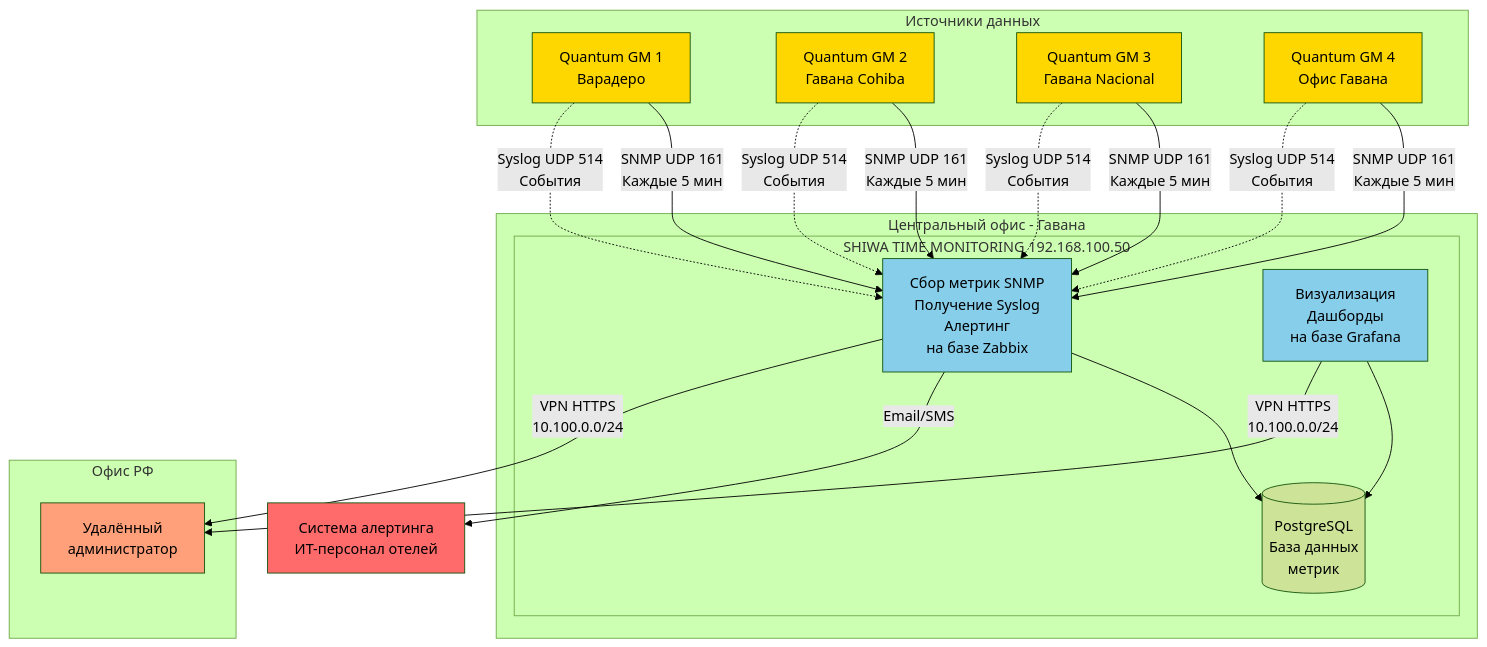
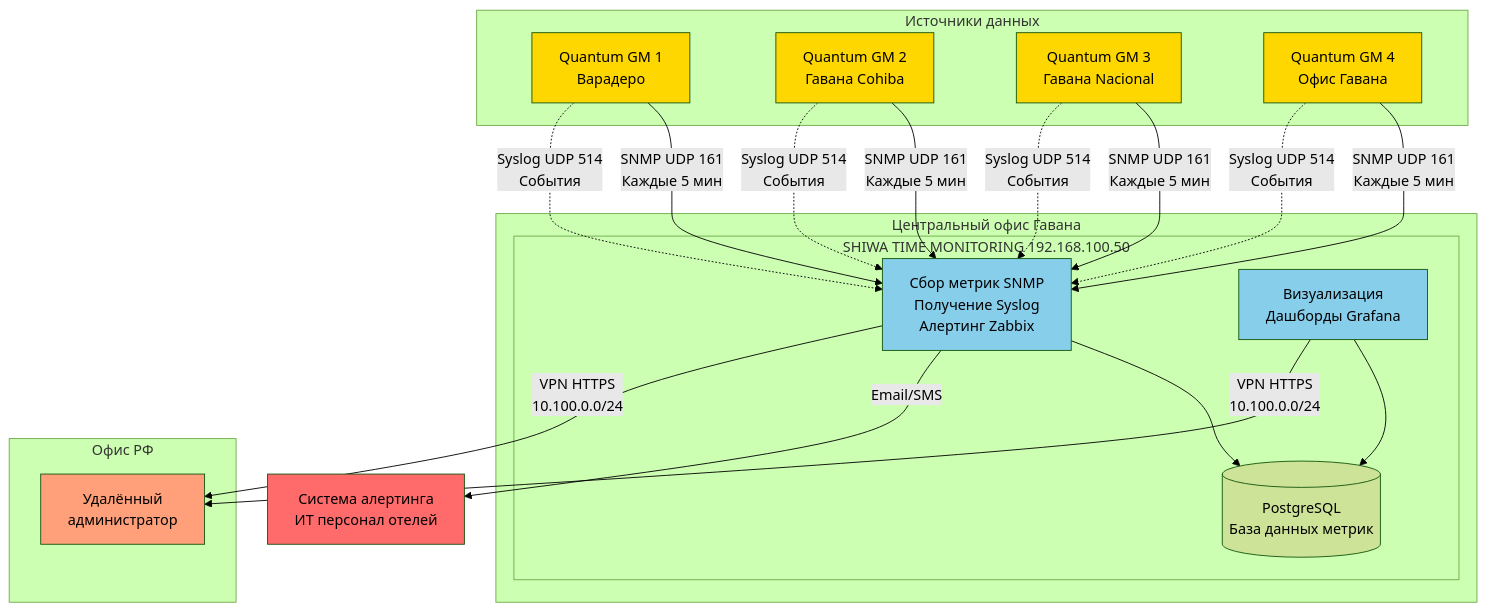
One commit to SiwaNetwork/BIZNES_HOTEL changed the fourth of 6 diagrams in network_diagrams.md. Above: the diagram before and after it, drawn with Mermaid (forest theme).

Commit message:
Полностью переработана диаграмма мониторинга для совместимости с Mermaid
Исправления:

1. Добавлены ID для всех subgraph

2. Убраны все дефисы из названий и текстов

3. Добавлены кавычки вокруг всех текстов узлов и связей

4. Упрощён текст без скобок и спецсимволов

Теперь диаграмма должна корректно отображаться на GitHub

````diff
--- a/network_diagrams.md
+++ b/network_diagrams.md
@@ -347,48 +347,48 @@
 ```mermaid
 graph TB
-    subgraph "Источники данных"
-        GM1[Quantum GM 1<br/>Варадеро]
-        GM2[Quantum GM 2<br/>Гавана Cohiba]
-        GM3[Quantum GM 3<br/>Гавана Nacional]
-        GM4[Quantum GM 4<br/>Офис Гавана]
+    subgraph sources["Источники данных"]
+        GM1["Quantum GM 1<br/>Варадеро"]
+        GM2["Quantum GM 2<br/>Гавана Cohiba"]
+        GM3["Quantum GM 3<br/>Гавана Nacional"]
+        GM4["Quantum GM 4<br/>Офис Гавана"]
     end
     
-    subgraph "Центральный офис - Гавана"
-        subgraph "SHIWA TIME MONITORING 192.168.100.50"
-            ZABBIX["Сбор метрик SNMP<br/>Получение Syslog<br/>Алертинг<br/>на базе Zabbix"]
-            GRAFANA["Визуализация<br/>Дашборды<br/>на базе Grafana"]
-            DB[("PostgreSQL<br/>База данных<br/>метрик")]
+    subgraph office["Центральный офис Гавана"]
+        subgraph monitoring["SHIWA TIME MONITORING 192.168.100.50"]
+            ZABBIX["Сбор метрик SNMP<br/>Получение Syslog<br/>Алертинг Zabbix"]
+            GRAFANA["Визуализация<br/>Дашборды Grafana"]
+            DB[("PostgreSQL<br/>База данных метрик")]
             
             ZABBIX --> DB
             GRAFANA --> DB
         end
     end
     
-    GM1 -->|SNMP UDP 161<br/>Каждые 5 мин| ZABBIX
-    GM2 -->|SNMP UDP 161<br/>Каждые 5 мин| ZABBIX
-    GM3 -->|SNMP UDP 161<br/>Каждые 5 мин| ZABBIX
-    GM4 -->|SNMP UDP 161<br/>Каждые 5 мин| ZABBIX
+    GM1 -->|"SNMP UDP 161<br/>Каждые 5 мин"| ZABBIX
+    GM2 -->|"SNMP UDP 161<br/>Каждые 5 мин"| ZABBIX
+    GM3 -->|"SNMP UDP 161<br/>Каждые 5 мин"| ZABBIX
+    GM4 -->|"SNMP UDP 161<br/>Каждые 5 мин"| ZABBIX
     
-    GM1 -.->|Syslog UDP 514<br/>События| ZABBIX
-    GM2 -.->|Syslog UDP 514<br/>События| ZABBIX
-    GM3 -.->|Syslog UDP 514<br/>События| ZABBIX
-    GM4 -.->|Syslog UDP 514<br/>События| ZABBIX
+    GM1 -.->|"Syslog UDP 514<br/>События"| ZABBIX
+    GM2 -.->|"Syslog UDP 514<br/>События"| ZABBIX
+    GM3 -.->|"Syslog UDP 514<br/>События"| ZABBIX
+    GM4 -.->|"Syslog UDP 514<br/>События"| ZABBIX
     
-    ZABBIX -->|Email/SMS| ALERTS[Система алертинга<br/>ИТ-персонал отелей]
+    ZABBIX -->|"Email/SMS"| ALERTS["Система алертинга<br/>ИТ персонал отелей"]
     
-    subgraph "Офис РФ"
-        RF_ADMIN[Удалённый<br/>администратор]
+    subgraph rf["Офис РФ"]
+        RF_ADMIN["Удалённый<br/>администратор"]
     end
     
-    GRAFANA -->|VPN HTTPS<br/>10.100.0.0/24| RF_ADMIN
-    ZABBIX -->|VPN HTTPS<br/>10.100.0.0/24| RF_ADMIN
+    GRAFANA -->|"VPN HTTPS<br/>10.100.0.0/24"| RF_ADMIN
+    ZABBIX -->|"VPN HTTPS<br/>10.100.0.0/24"| RF_ADMIN
 
     style GM1 fill:#FFD700
     style GM2 fill:#FFD700
     style GM3 fill:#FFD700
     style GM4 fill:#FFD700
     style ZABBIX fill:#87CEEB
     style GRAFANA fill:#87CEEB
     style ALERTS fill:#FF6B6B
     style RF_ADMIN fill:#FFA07A
 ```
````
